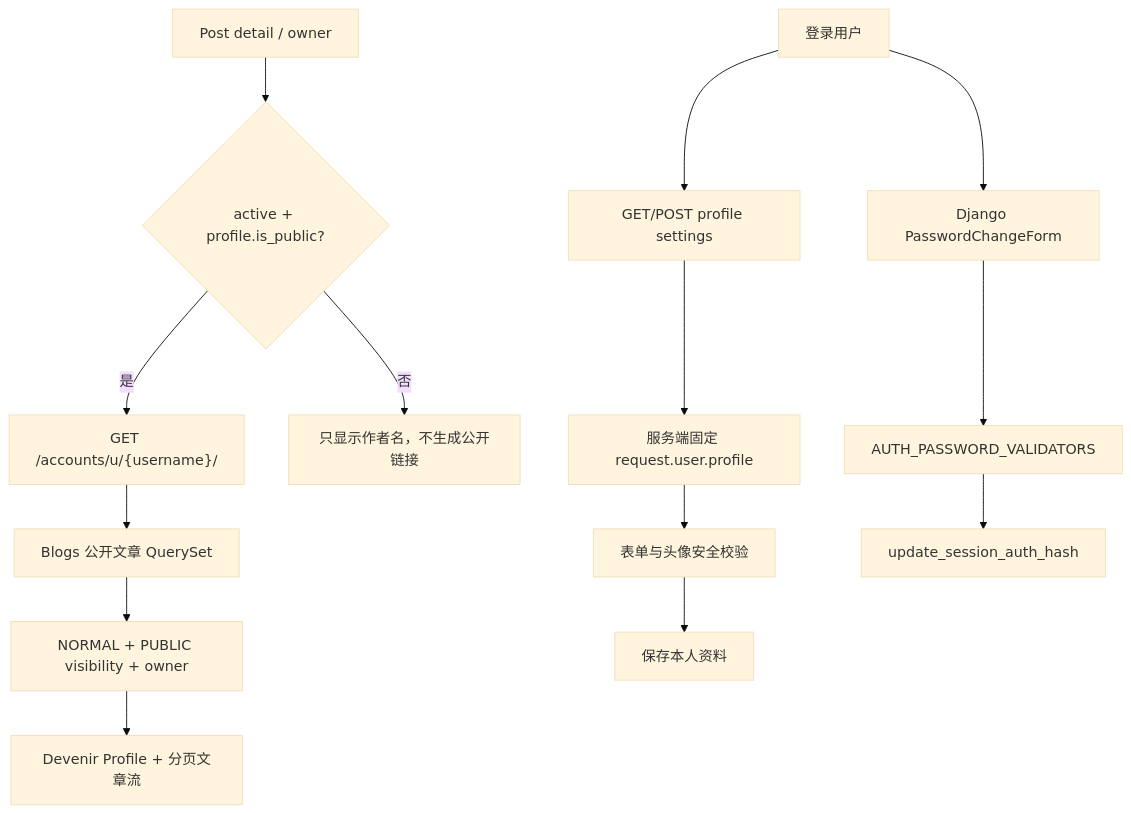
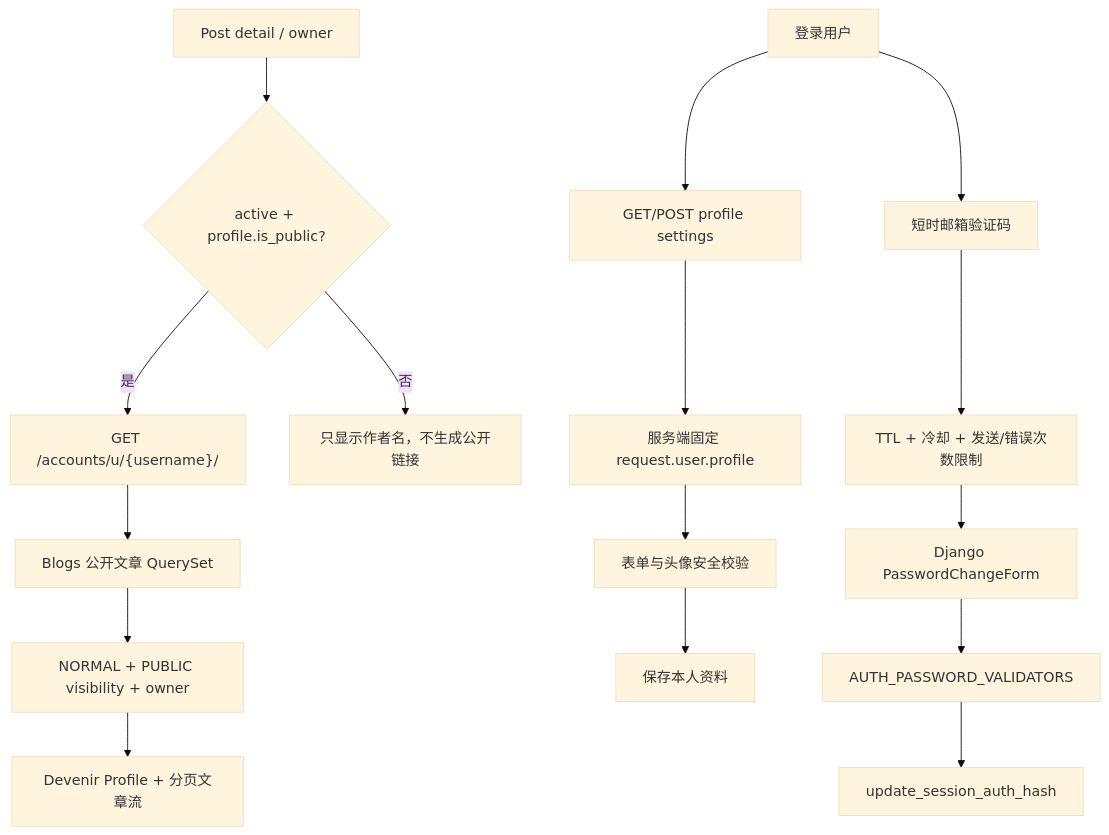
The diagram in docs/guides/BLOG_FOUNDATION_GUIDE.md (se-veN714/PowerAdapterBlogs), drawn with Mermaid (base theme) before and after one commit. The commit also changed other lines of this file and 52 other files, not shown here.

````diff
--- a/docs/guides/BLOG_FOUNDATION_GUIDE.md
+++ b/docs/guides/BLOG_FOUNDATION_GUIDE.md
@@ -88,18 +91,20 @@
 ```mermaid
 flowchart TD
     POST["Post detail / owner"] --> PUBLIC{"active + profile.is_public?"}
     PUBLIC -->|是| PROFILE["GET /accounts/u/{username}/"]
     PUBLIC -->|否| TEXT["只显示作者名，不生成公开链接"]
     PROFILE --> QUERY["Blogs 公开文章 QuerySet"]
     QUERY --> FILTER["NORMAL + PUBLIC visibility + owner"]
     FILTER --> PAGE["Devenir Profile + 分页文章流"]
 
     SELF["登录用户"] --> SETTINGS["GET/POST profile settings"]
     SETTINGS --> OWNER["服务端固定 request.user.profile"]
     OWNER --> VALIDATE["表单与头像安全校验"]
     VALIDATE --> SAVE["保存本人资料"]
 
-    SELF --> PASSWORD["Django PasswordChangeForm"]
+    SELF --> EMAIL["短时邮箱验证码"]
+    EMAIL --> LIMIT["TTL + 冷却 + 发送/错误次数限制"]
+    LIMIT --> PASSWORD["Django PasswordChangeForm"]
     PASSWORD --> POLICY["AUTH_PASSWORD_VALIDATORS"]
     POLICY --> SESSION["update_session_auth_hash"]
 ```
````
